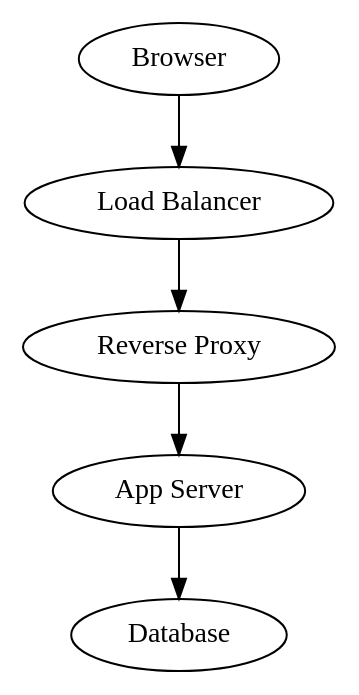
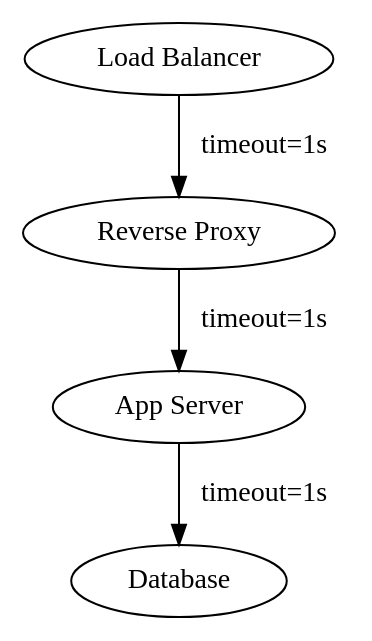
The diagram in slides/equal_timeouts.dot (cavaliercoder/LatencyConf2017), drawn with Graphviz before and after one commit. The commit also changed 4 other files, not shown here.

```diff
--- a/slides/equal_timeouts.dot
+++ b/slides/equal_timeouts.dot
@@ -1,20 +1,16 @@
 digraph G {
-  # Web Browser
-  node1 [label="Browser"]
-  node1 -> node2
-
   # Load Balancer
-  node2 [label="Load Balancer" load=3] # ~ 1000/s
-  node2 -> node3 [timeout=100]
+  node1 [label="Load Balancer" load=3] # ~ 1000/s
+  node1 -> node2 [label="timeout=1s" timeout=1000]
 
   # Reverse Proxy
-  node3 [label="Reverse Proxy" load=3] # ~ 1000/s
-  node3 -> node4 [timeout=60]
+  node2 [label="Reverse Proxy" load=3] # ~ 1000/s
+  node2 -> node3 [label="timeout=1s" timeout=1000]
 
   # App server
-  node4 [label="App Server" load=100] # ~ 34/s
-  node4 -> node5 [timeout=50]
+  node3 [label="App Server" load=100] # ~ 34/s
+  node3 -> node4 [label="timeout=1s" timeout=1000]
 
   # Database
-  node5 [label="Database" load=50] # ~ 70/s
+  node4 [label="Database" load=5000] # ~ 70/s
 }
```
